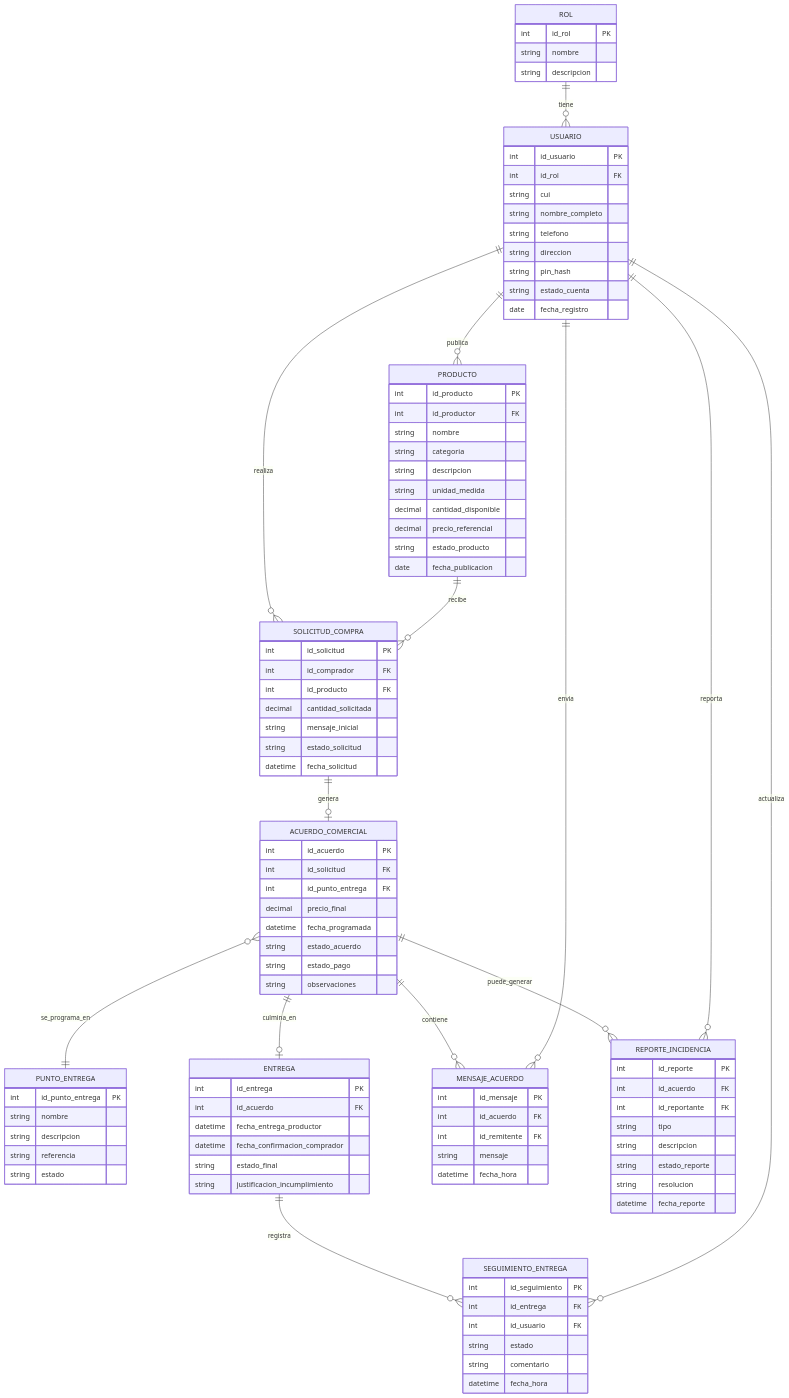
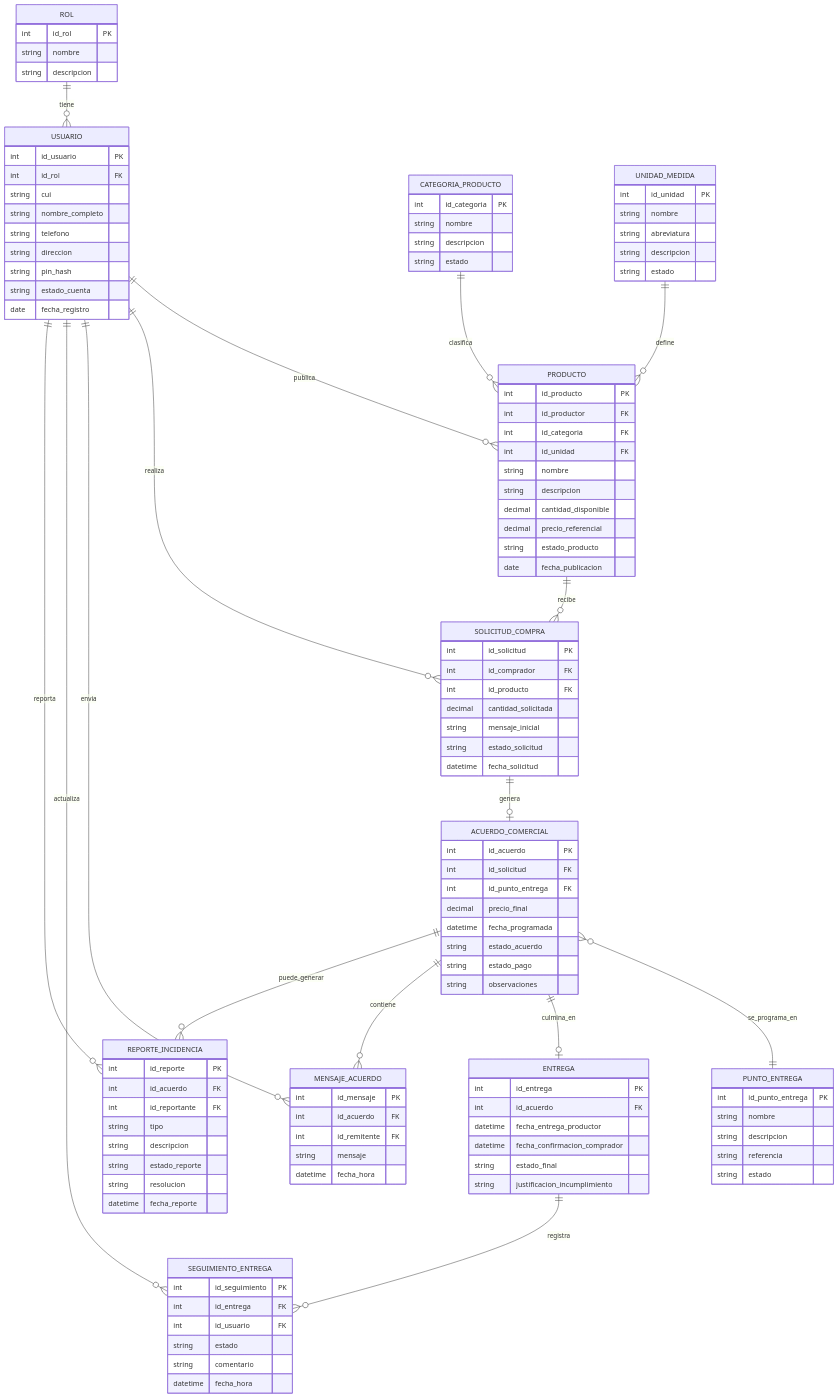
One commit to AlexAlvarado1290/Proyecto-Analisis-de-sistemas changed the diagram in docs/modelo-er.md. Above: the diagram before and after it, drawn with Mermaid. The commit also changed 1 other file, not shown here.

Commit message:
docs: categorías, unidades de medida y relaciones ER
- Casos de uso: UC gestión categorías/unidades, perfil y PIN renumerados
- ER: entidades CATEGORIA_PRODUCTO y UNIDAD_MEDIDA; PRODUCTO con FKs

Made-with: Cursor

```diff
--- a/docs/modelo-er.md
+++ b/docs/modelo-er.md
@@ -6,14 +6,16 @@
 erDiagram
     ROL ||--o{ USUARIO : tiene
     USUARIO ||--o{ PRODUCTO : publica
+    CATEGORIA_PRODUCTO ||--o{ PRODUCTO : clasifica
+    UNIDAD_MEDIDA ||--o{ PRODUCTO : define
     USUARIO ||--o{ SOLICITUD_COMPRA : realiza
     PRODUCTO ||--o{ SOLICITUD_COMPRA : recibe
     SOLICITUD_COMPRA ||--o| ACUERDO_COMERCIAL : genera
     ACUERDO_COMERCIAL }o--|| PUNTO_ENTREGA : se_programa_en
     ACUERDO_COMERCIAL ||--o| ENTREGA : culmina_en
+    ENTREGA ||--o{ SEGUIMIENTO_ENTREGA : registra
     ACUERDO_COMERCIAL ||--o{ MENSAJE_ACUERDO : contiene
     ACUERDO_COMERCIAL ||--o{ REPORTE_INCIDENCIA : puede_generar
-    ENTREGA ||--o{ SEGUIMIENTO_ENTREGA : registra
     USUARIO ||--o{ MENSAJE_ACUERDO : envia
     USUARIO ||--o{ SEGUIMIENTO_ENTREGA : actualiza
     USUARIO ||--o{ REPORTE_INCIDENCIA : reporta
@@ -36,13 +38,28 @@
         date fecha_registro
     }
 
+    CATEGORIA_PRODUCTO {
+        int id_categoria PK
+        string nombre
+        string descripcion
+        string estado
+    }
+
+    UNIDAD_MEDIDA {
+        int id_unidad PK
+        string nombre
+        string abreviatura
+        string descripcion
+        string estado
+    }
+
     PRODUCTO {
         int id_producto PK
         int id_productor FK
+        int id_categoria FK
+        int id_unidad FK
         string nombre
-        string categoria
         string descripcion
-        string unidad_medida
         decimal cantidad_disponible
         decimal precio_referencial
         string estado_producto
```
